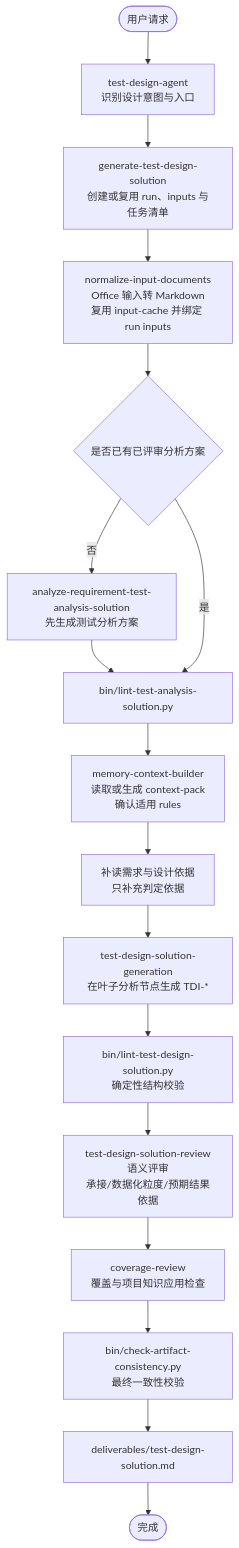
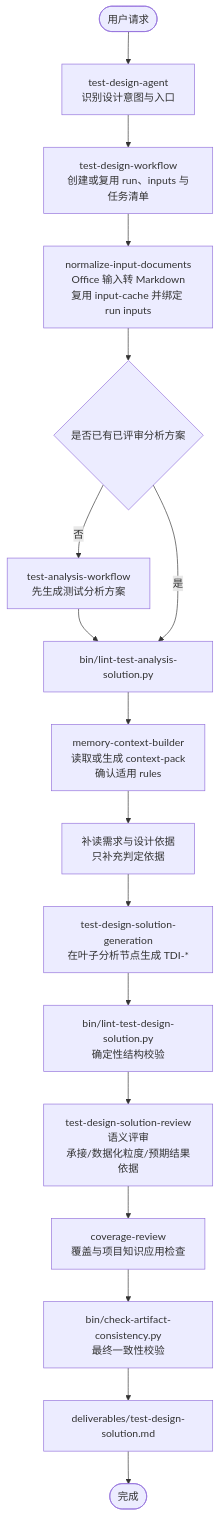
The diagram in docs/test-design-agent-design.md (szluoqy-byte/Test-Analysis-Agent-MM), drawn with Mermaid before and after one commit. The commit also changed other lines of this file and 111 other files, not shown here.

Commit message:
refactor test analysis workflow skills

````diff
--- a/docs/test-design-agent-design.md
+++ b/docs/test-design-agent-design.md
@@ -83,20 +83,20 @@
 ```mermaid
 flowchart TD
   start(["用户请求"])
   start --> agent["test-design-agent<br/>识别设计意图与入口"]
-  agent --> main["generate-test-design-solution<br/>创建或复用 run、inputs 与任务清单"]
+  agent --> main["test-design-workflow<br/>创建或复用 run、inputs 与任务清单"]
   main --> normalize["normalize-input-documents<br/>Office 输入转 Markdown<br/>复用 input-cache 并绑定 run inputs"]
   normalize --> hasAnalysis{"是否已有已评审分析方案"}
-  hasAnalysis -- 否 --> analysis["analyze-requirement-test-analysis-solution<br/>先生成测试分析方案"]
+  hasAnalysis -- 否 --> analysis["test-analysis-workflow<br/>先生成测试分析方案"]
   analysis --> analysisCheck["bin/lint-test-analysis-solution.py"]
   hasAnalysis -- 是 --> analysisCheck
   analysisCheck --> ctx["memory-context-builder<br/>读取或生成 context-pack<br/>确认适用 rules"]
   ctx --> basis["补读需求与设计依据<br/>只补充判定依据"]
   basis --> generation["test-design-solution-generation<br/>在叶子分析节点生成 TDI-*"]
   generation --> lint["bin/lint-test-design-solution.py<br/>确定性结构校验"]
   lint --> review["test-design-solution-review<br/>语义评审<br/>承接/数据化粒度/预期结果依据"]
   review --> coverage["coverage-review<br/>覆盖与项目知识应用检查"]
   coverage --> consistency["bin/check-artifact-consistency.py<br/>最终一致性校验"]
   consistency --> output["deliverables/test-design-solution.md"]
   output --> finish(["完成"])
 ```
````
